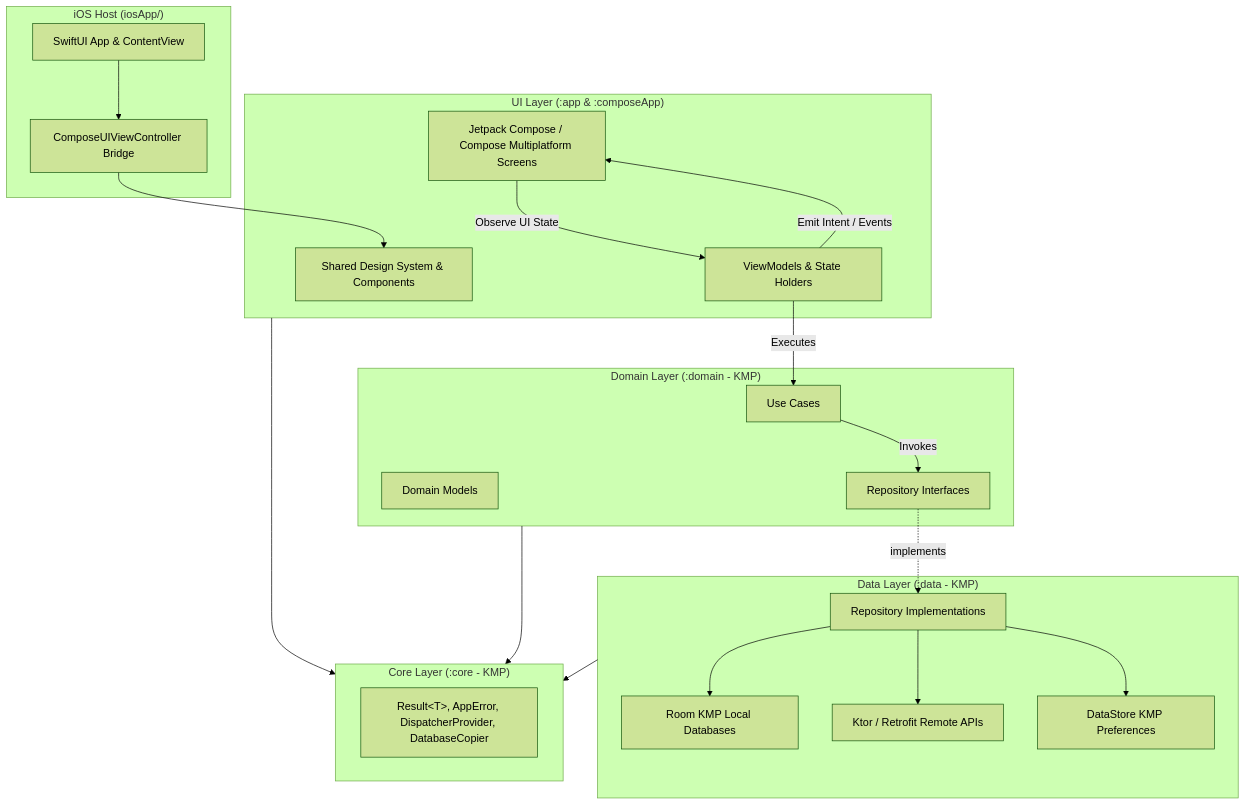
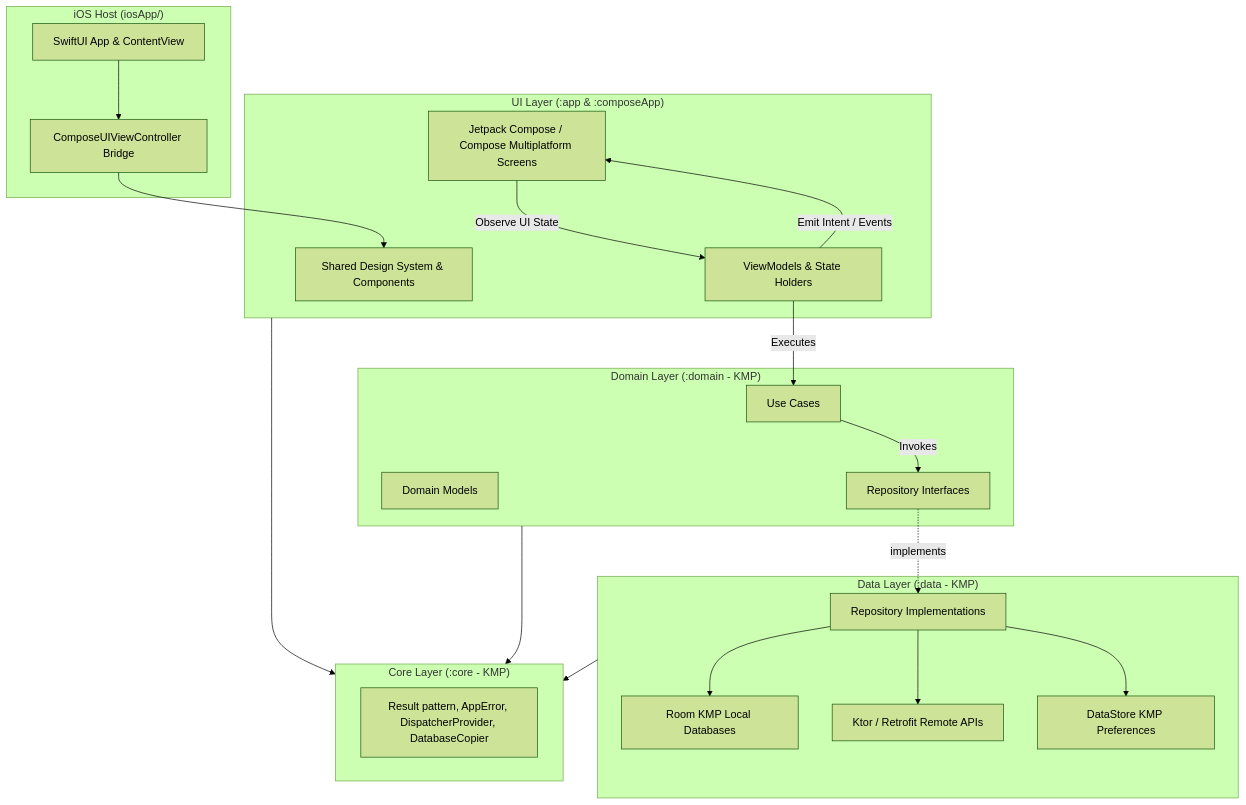
Before and after one commit to suryamudti/rafiq-android: the diagram in README.md, drawn with Mermaid (forest theme). The commit also changed other lines of this file and 13 other files, not shown here.

````diff
--- a/README.md
+++ b/README.md
@@ -124,45 +125,45 @@
 ```mermaid
 graph TD
     subgraph UI ["UI Layer (:app & :composeApp)"]
         UI_Screen["Jetpack Compose / Compose Multiplatform Screens"]
         UI_VM["ViewModels & State Holders"]
         UI_Shared["Shared Design System & Components"]
         UI_Screen -->|"Observe UI State"| UI_VM
         UI_VM -->|"Emit Intent / Events"| UI_Screen
     end
 
     subgraph iOS ["iOS Host (iosApp/)"]
         IOS_App["SwiftUI App & ContentView"]
         IOS_VC["ComposeUIViewController Bridge"]
         IOS_App --> IOS_VC
         IOS_VC --> UI_Shared
     end
 
     subgraph Domain ["Domain Layer (:domain - KMP)"]
         Domain_UC["Use Cases"]
         Domain_Model["Domain Models"]
         Domain_Repo["Repository Interfaces"]
         UI_VM -->|"Executes"| Domain_UC
         Domain_UC -->|"Invokes"| Domain_Repo
     end
 
     subgraph Data ["Data Layer (:data - KMP)"]
         Data_RepoImpl["Repository Implementations"]
         Data_Room["Room KMP Local Databases"]
         Data_Network["Ktor / Retrofit Remote APIs"]
         Data_Store["DataStore KMP Preferences"]
 
         Domain_Repo -.->|"implements"| Data_RepoImpl
         Data_RepoImpl --> Data_Room
         Data_RepoImpl --> Data_Network
         Data_RepoImpl --> Data_Store
     end
 
     subgraph Core ["Core Layer (:core - KMP)"]
-        Core_Utils["Result&lt;T&gt;, AppError, DispatcherProvider, DatabaseCopier"]
+        Core_Utils["Result pattern, AppError, DispatcherProvider, DatabaseCopier"]
     end
 
     UI --> Core
     Domain --> Core
     Data --> Core
 ```
````
